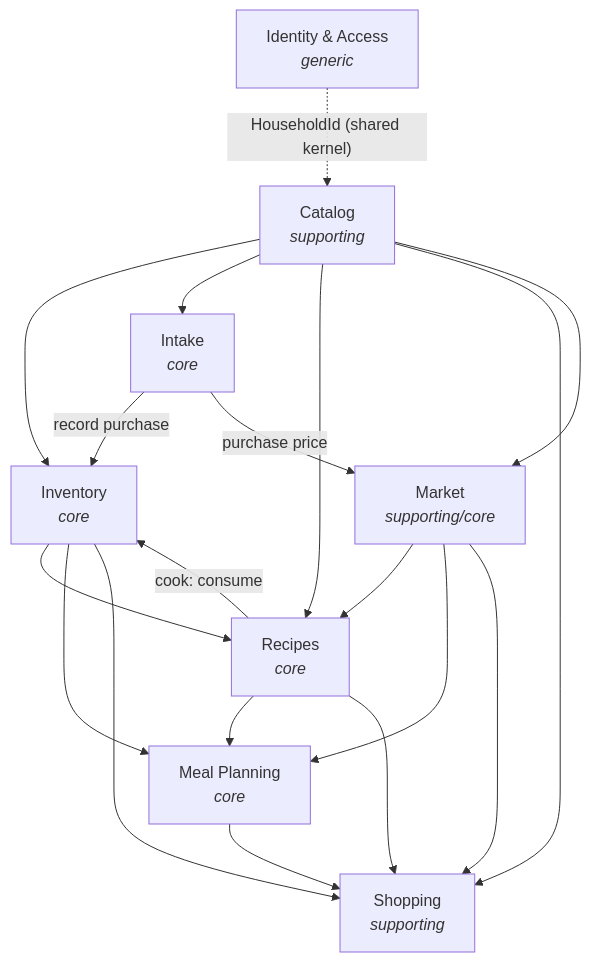
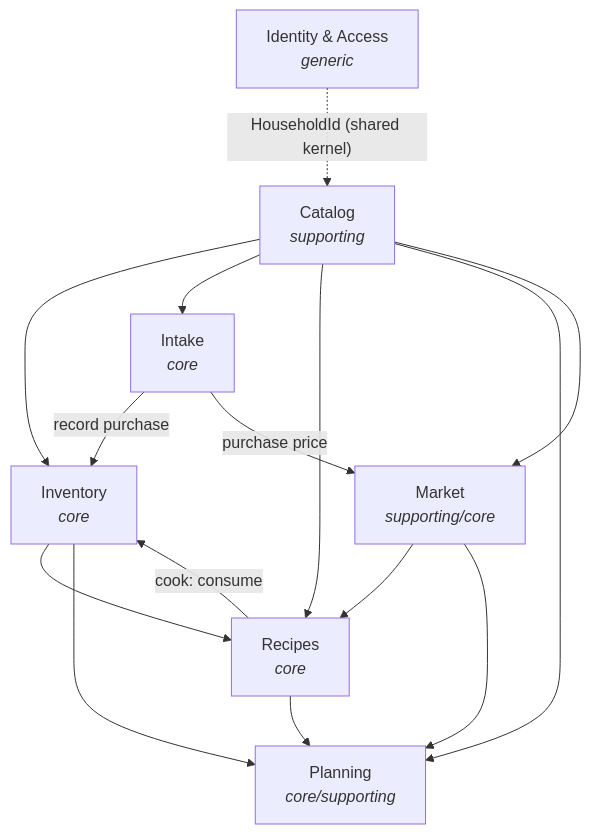
One commit to mgasparel/plantry changed the diagram in docs/ARCHITECTURE.md. Above: the diagram before and after it, drawn with Mermaid. The commit also changed other lines of this file and 389 other files, not shown here.

First line of the commit message:
refactor(planning): merge MealPlanning + Shopping into Planning context (plantry-g3da.5)

````diff
--- a/docs/ARCHITECTURE.md
+++ b/docs/ARCHITECTURE.md
@@ -68,22 +67,20 @@
 ```mermaid
 graph TD
     IA["Identity &amp; Access<br/><i>generic</i>"]
     CAT["Catalog<br/><i>supporting</i>"]
     INV["Inventory<br/><i>core</i>"]
     INT["Intake<br/><i>core</i>"]
     MKT["Market<br/><i>supporting/core</i>"]
     REC["Recipes<br/><i>core</i>"]
-    MP["Meal Planning<br/><i>core</i>"]
-    SHOP["Shopping<br/><i>supporting</i>"]
+    PLAN["Planning<br/><i>core/supporting</i>"]
 
     IA -. "HouseholdId (shared kernel)" .-> CAT
 
-    CAT --> INV & INT & REC & SHOP & MKT
+    CAT --> INV & INT & REC & PLAN & MKT
     INT -- "record purchase" --> INV
     INT -- "purchase price" --> MKT
-    INV --> REC & MP & SHOP
-    MKT --> REC & MP & SHOP
+    INV --> REC & PLAN
+    MKT --> REC & PLAN
     REC -- "cook: consume" --> INV
-    REC --> MP & SHOP
-    MP --> SHOP
+    REC --> PLAN
 ```
````
